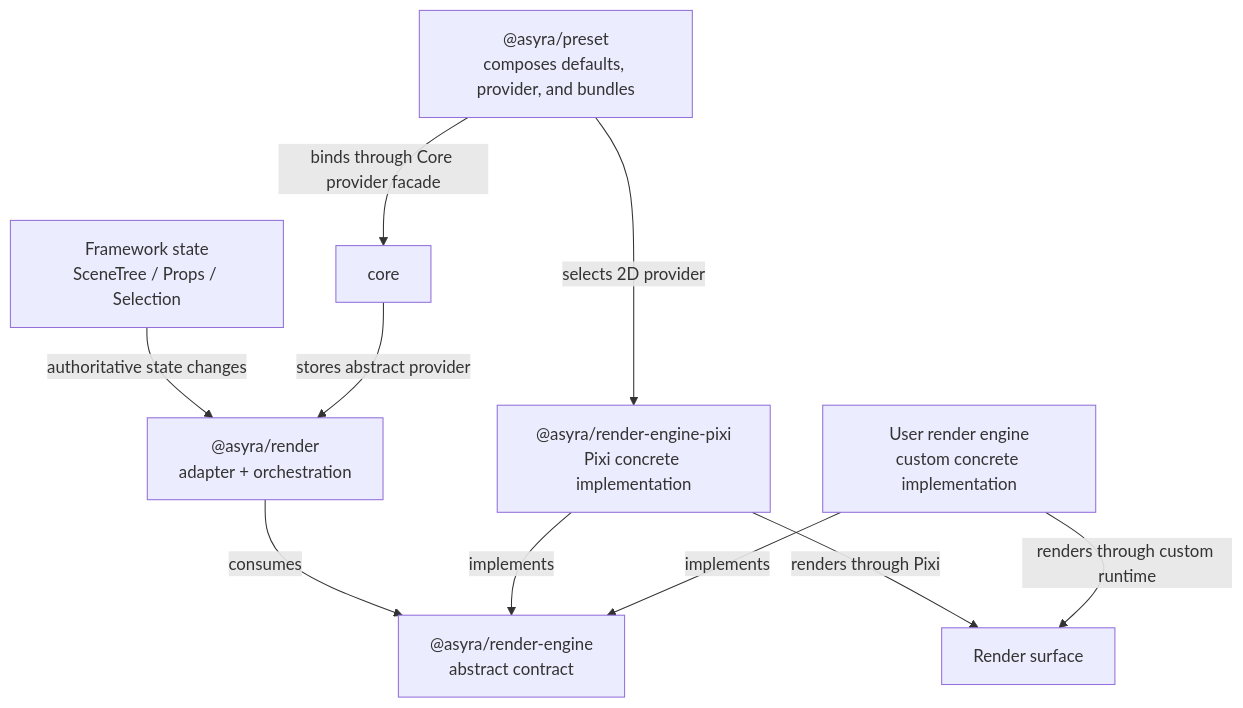
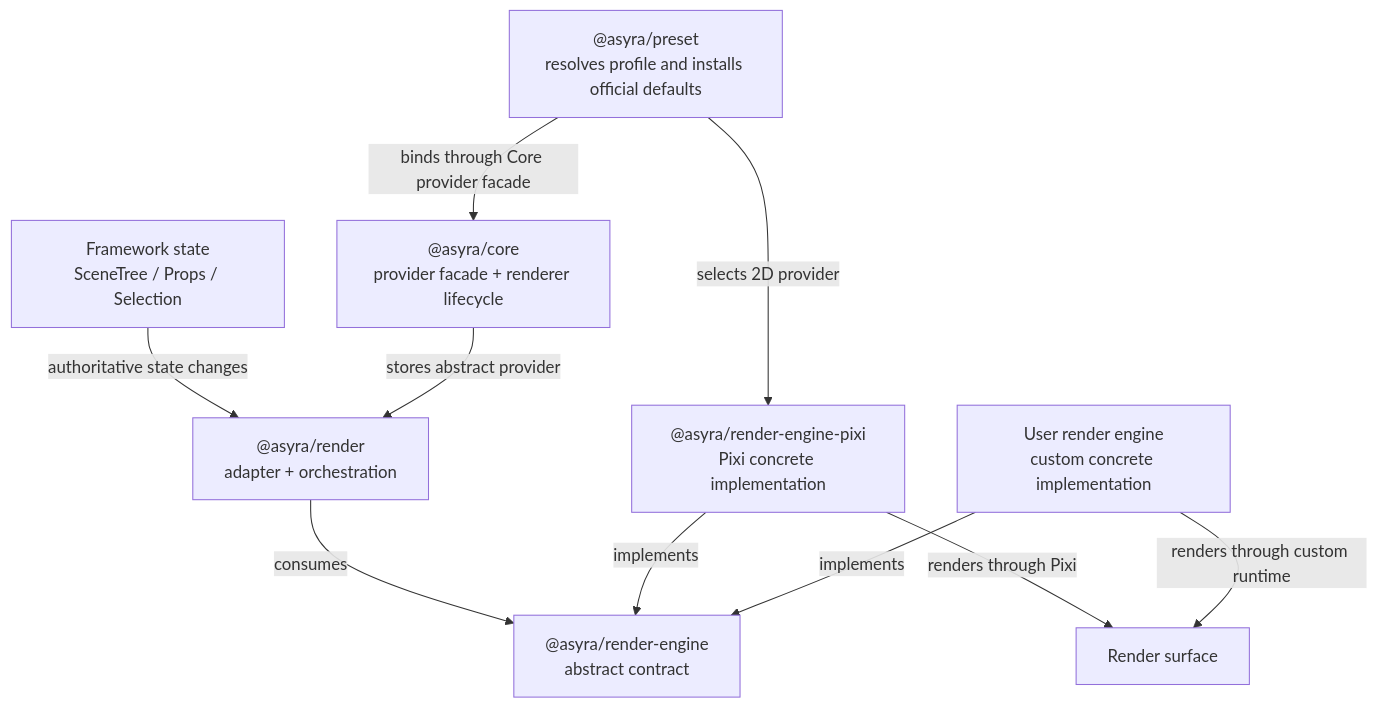
One commit to karote00/asra changed the diagram in docs/ai/framework/ARCHITECTURE.md. Above: the diagram before and after it, drawn with Mermaid. The commit also changed 9 other files, not shown here.

Commit message:
docs(framework): align preset provider terminology

````diff
--- a/docs/ai/framework/ARCHITECTURE.md
+++ b/docs/ai/framework/ARCHITECTURE.md
@@ -43,20 +43,21 @@
 ```mermaid
 flowchart TD
   state["Framework state<br/>SceneTree / Props / Selection"]
-  preset["@asyra/preset<br/>composes defaults, provider, and bundles"]
+  preset["@asyra/preset<br/>resolves profile and installs official defaults"]
+  core["@asyra/core<br/>provider facade + renderer lifecycle"]
   render["@asyra/render<br/>adapter + orchestration"]
   contract["@asyra/render-engine<br/>abstract contract"]
   pixi["@asyra/render-engine-pixi<br/>Pixi concrete implementation"]
   custom["User render engine<br/>custom concrete implementation"]
   surface["Render surface"]
 
   state -->|authoritative state changes| render
   preset -->|selects 2D provider| pixi
   preset -->|binds through Core provider facade| core
   core -->|stores abstract provider| render
   render -->|consumes| contract
   pixi -->|implements| contract
   custom -->|implements| contract
   pixi -->|renders through Pixi| surface
   custom -->|renders through custom runtime| surface
 ```
````
